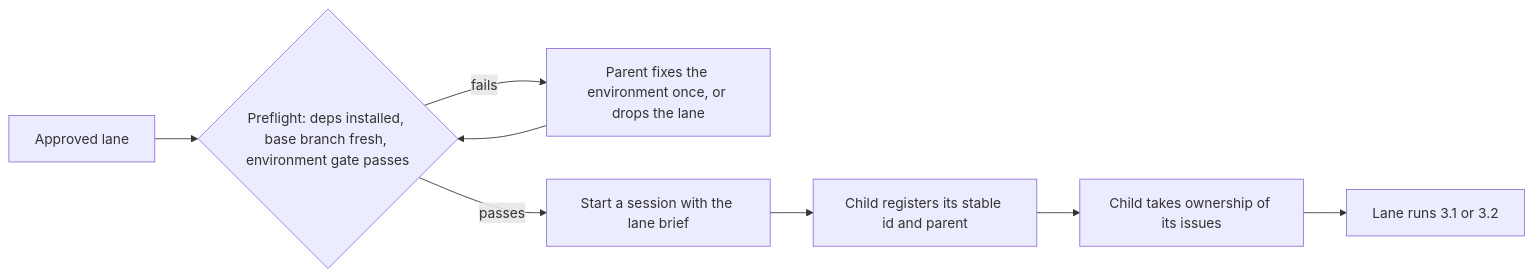
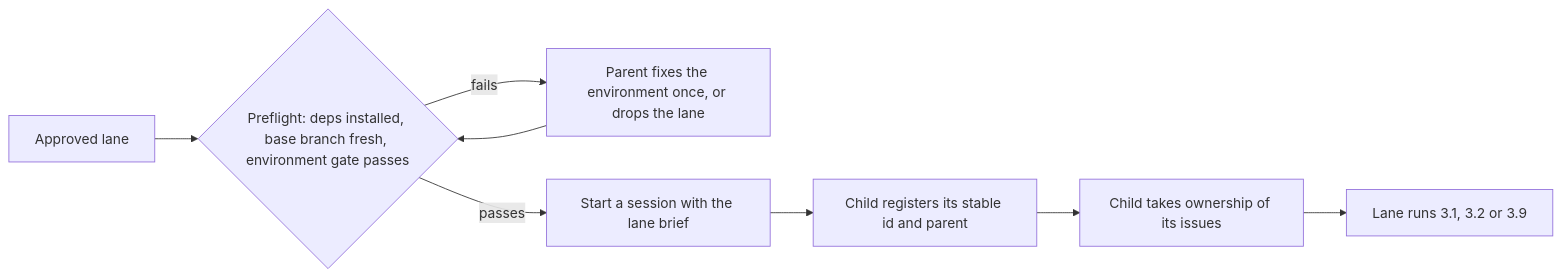
The third of 6 diagrams in docs/architecture/LANES.md (trustmybot/plugin), drawn with Mermaid before and after one commit. The commit also changed other lines of this file and 7 other files, not shown here.

Commit message:
📝 docs(flows): plan flow 3.9 agile review mode (GH 2225)

````diff
--- a/docs/architecture/LANES.md
+++ b/docs/architecture/LANES.md
@@ -73,10 +75,10 @@
 ```mermaid
 flowchart LR
     A[Approved lane] --> B{Preflight: deps installed, base branch fresh, environment gate passes}
     B -- fails --> C[Parent fixes the environment once, or drops the lane]
     C --> B
     B -- passes --> D[Start a session with the lane brief]
     D --> E[Child registers its stable id and parent]
     E --> F[Child takes ownership of its issues]
-    F --> G[Lane runs 3.1 or 3.2]
+    F --> G[Lane runs 3.1, 3.2 or 3.9]
 ```
````
